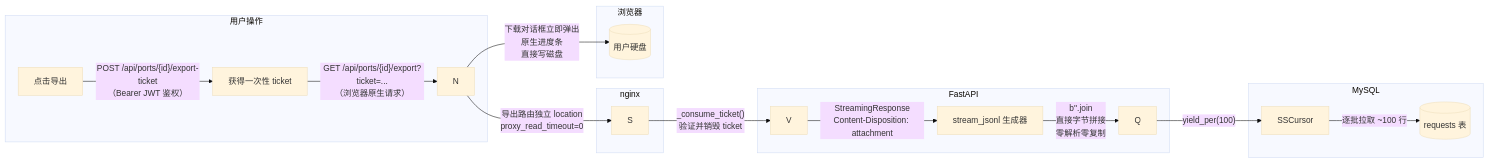
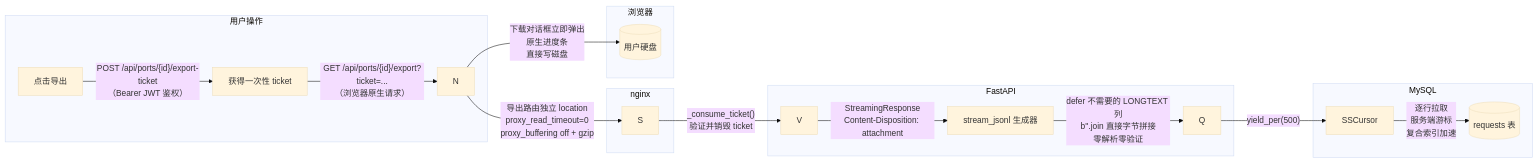
One commit to HaoCheng-Wang/llm-proxy changed the ninth of 14 diagrams in README.md. Above: the diagram before and after it, drawn with Mermaid (base theme). The commit also changed other lines of this file, not shown here.

````diff
--- a/README.md
+++ b/README.md
@@ -399,22 +409,22 @@
 ```mermaid
 flowchart LR
     subgraph 用户操作
         U[点击导出] -->|"POST /api/ports/{id}/export-ticket<br/>（Bearer JWT 鉴权）"| T
         T[获得一次性 ticket] -->|"GET /api/ports/{id}/export?ticket=...<br/>（浏览器原生请求）"| N
     end
     subgraph nginx
-        N -->|"导出路由独立 location<br/>proxy_read_timeout=0"| S
+        N -->|"导出路由独立 location<br/>proxy_read_timeout=0<br/>proxy_buffering off + gzip"| S
     end
     subgraph FastAPI
         S -->|"_consume_ticket()<br/>验证并销毁 ticket"| V
         V -->|"StreamingResponse<br/>Content-Disposition: attachment"| G
-        G[stream_jsonl 生成器] -->|"b''.join<br/>直接字节拼接<br/>零解析零复制"| Q
+        G[stream_jsonl 生成器] -->|"defer 不需要的 LONGTEXT 列<br/>b''.join 直接字节拼接<br/>零解析零验证"| Q
     end
     subgraph MySQL
-        Q -->|"yield_per(100)"| C[SSCursor]
-        C -->|"逐批拉取 ~100 行"| D[(requests 表)]
+        Q -->|"yield_per(500)"| C[SSCursor]
+        C -->|"逐行拉取<br/>服务端游标<br/>复合索引加速"| D[(requests 表)]
     end
     subgraph 浏览器
         N -->|"下载对话框立即弹出<br/>原生进度条<br/>直接写磁盘"| F[(用户硬盘)]
     end
 ```
````
